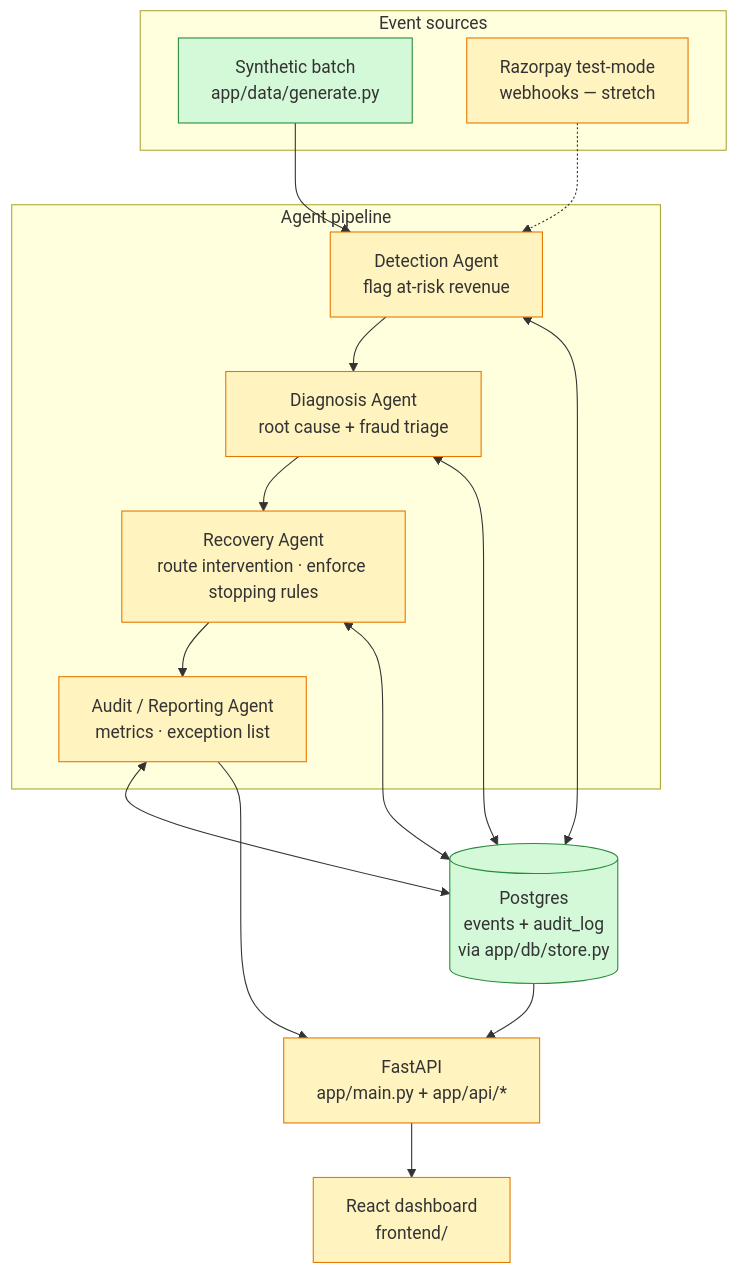
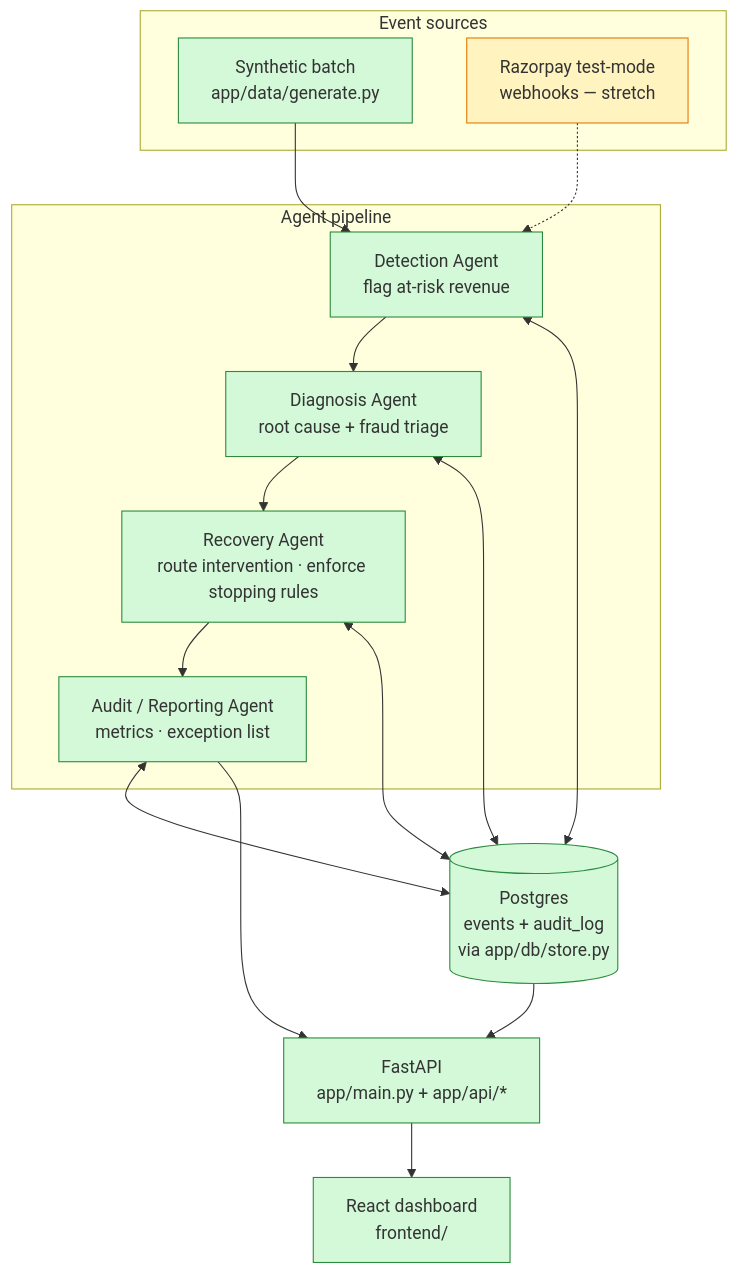
The first of 5 diagrams in architecture.md (Skeletor-Pirate/AI-Revenue-Recovery), drawn with Mermaid before and after one commit. The commit also changed other lines of this file and 3 other files, not shown here.

````diff
--- a/architecture.md
+++ b/architecture.md
@@ -32,34 +36,34 @@
 ```mermaid
 flowchart TD
     subgraph sources [Event sources]
         SYN[Synthetic batch<br/>app/data/generate.py]
         WH[Razorpay test-mode<br/>webhooks — stretch]
     end
 
     SYN --> DET
     WH -.-> DET
 
     subgraph agents [Agent pipeline]
         DET[Detection Agent<br/>flag at-risk revenue]
         DIA[Diagnosis Agent<br/>root cause + fraud triage]
         REC[Recovery Agent<br/>route intervention · enforce stopping rules]
         AUD[Audit / Reporting Agent<br/>metrics · exception list]
         DET --> DIA --> REC --> AUD
     end
 
     DET <--> STORE
     DIA <--> STORE
     REC <--> STORE
     AUD <--> STORE
 
     STORE[(Postgres<br/>events + audit_log<br/>via app/db/store.py)]
 
     AUD --> API
     STORE --> API
     API[FastAPI<br/>app/main.py + app/api/*] --> UI[React dashboard<br/>frontend/]
 
     classDef done fill:#d3f9d8,stroke:#2b8a3e;
     classDef todo fill:#fff3bf,stroke:#e67700;
-    class SYN,STORE done;
-    class DET,DIA,REC,AUD,API,UI,WH todo;
+    class SYN,STORE,DET,DIA,REC,AUD,API,UI done;
+    class WH todo;
 ```
````
